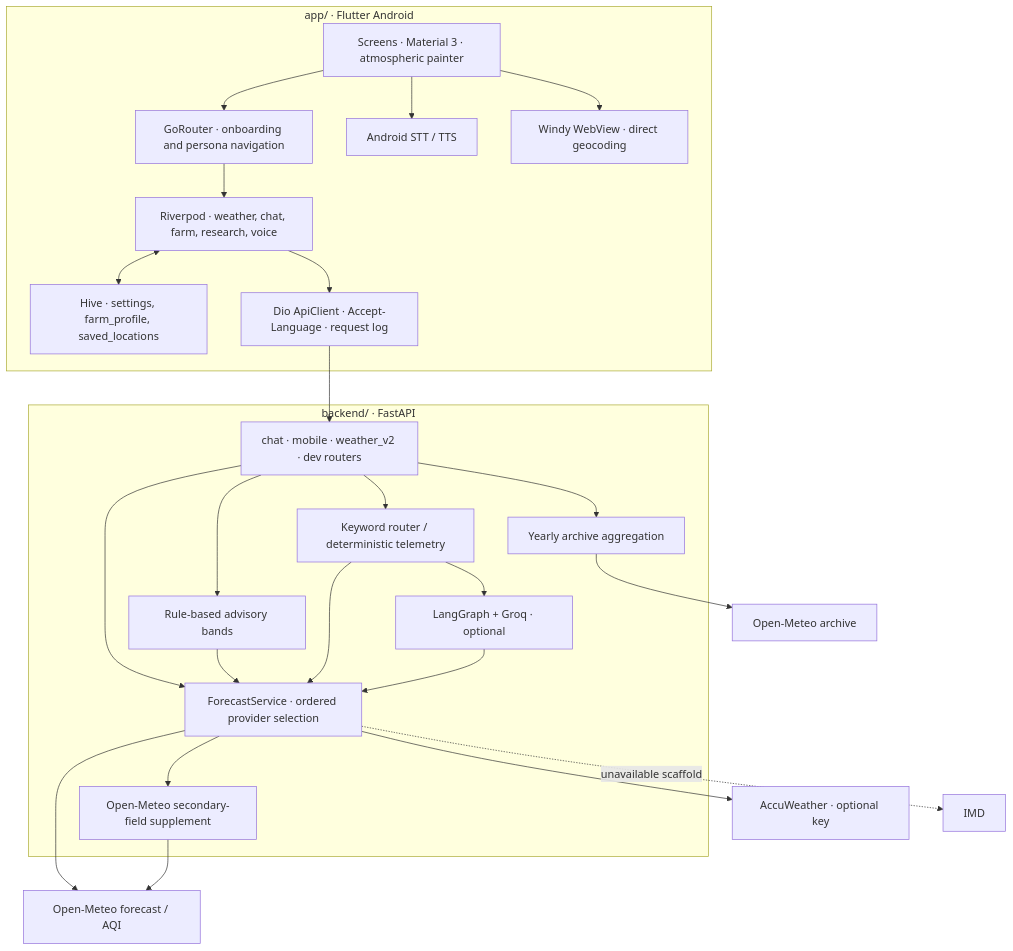
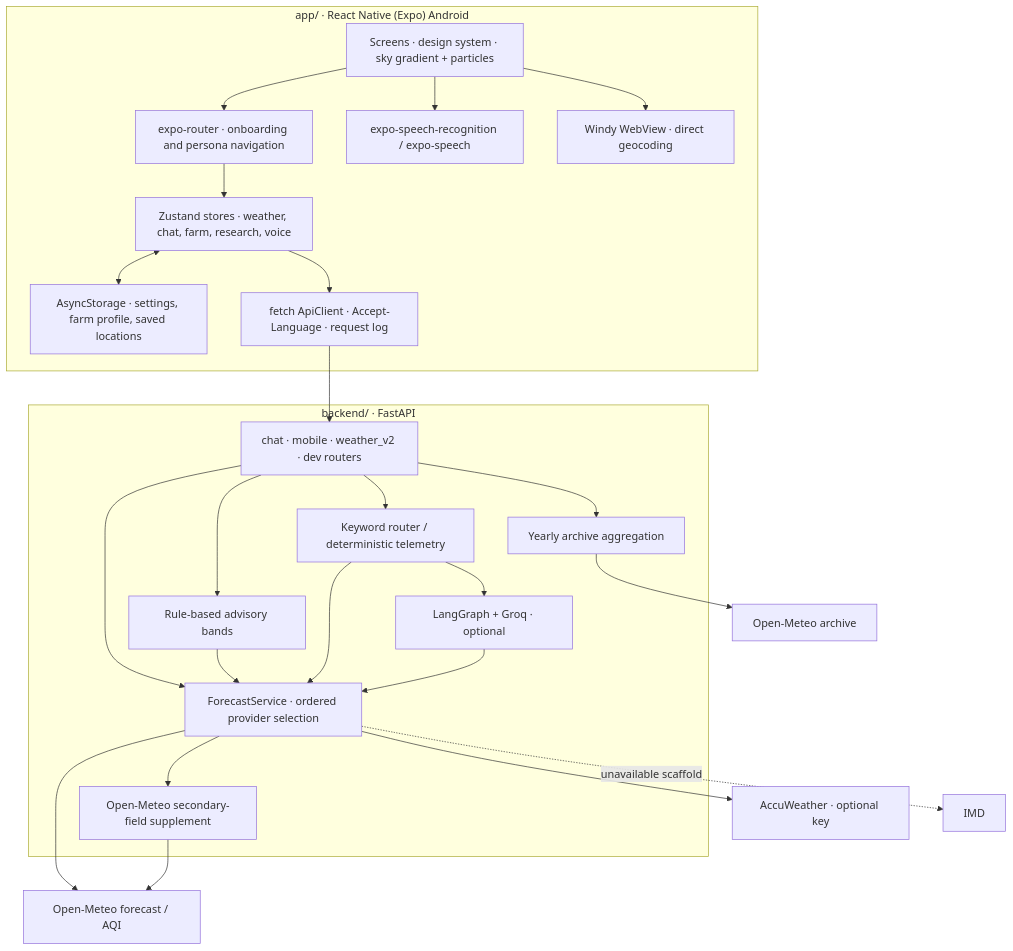
Before and after one commit to omsenjalia/weathergpt-android: the first of 2 diagrams in ARCHITECTURE.md, drawn with Mermaid. The commit also changed other lines of this file and 295 other files, not shown here.

````diff
--- a/ARCHITECTURE.md
+++ b/ARCHITECTURE.md
@@ -30,38 +30,38 @@
 ```mermaid
 flowchart TB
-  subgraph Android["app/ · Flutter Android"]
-    UI["Screens · Material 3 · atmospheric painter"]
-    Router["GoRouter · onboarding and persona navigation"]
-    State["Riverpod · weather, chat, farm, research, voice"]
-    Store["Hive · settings, farm_profile, saved_locations"]
-    HTTP["Dio ApiClient · Accept-Language · request log"]
-    Voice["Android STT / TTS"]
+  subgraph Android["app/ · React Native (Expo) Android"]
+    UI["Screens · design system · sky gradient + particles"]
+    Router["expo-router · onboarding and persona navigation"]
+    State["Zustand stores · weather, chat, farm, research, voice"]
+    Store["AsyncStorage · settings, farm profile, saved locations"]
+    HTTP["fetch ApiClient · Accept-Language · request log"]
+    Voice["expo-speech-recognition / expo-speech"]
     External["Windy WebView · direct geocoding"]
     UI --> Router --> State --> HTTP
     State <--> Store
     UI --> Voice
     UI --> External
   end
   subgraph Backend["backend/ · FastAPI"]
     Routes["chat · mobile · weather_v2 · dev routers"]
     Select["ForecastService · ordered provider selection"]
     Advisory["Rule-based advisory bands"]
     Chat["Keyword router / deterministic telemetry"]
     Agent["LangGraph + Groq · optional"]
     Supplement["Open-Meteo secondary-field supplement"]
     Archive["Yearly archive aggregation"]
     Routes --> Select
     Routes --> Advisory --> Select
     Routes --> Chat --> Agent
     Chat --> Select
     Agent --> Select
     Routes --> Archive
     Select --> Supplement
   end
   HTTP --> Routes
   Select --> OM["Open-Meteo forecast / AQI"]
   Select --> AW["AccuWeather · optional key"]
   Select -. "unavailable scaffold" .-> IMD["IMD"]
   Supplement --> OM
   Archive --> OMA["Open-Meteo archive"]
 ```
````
